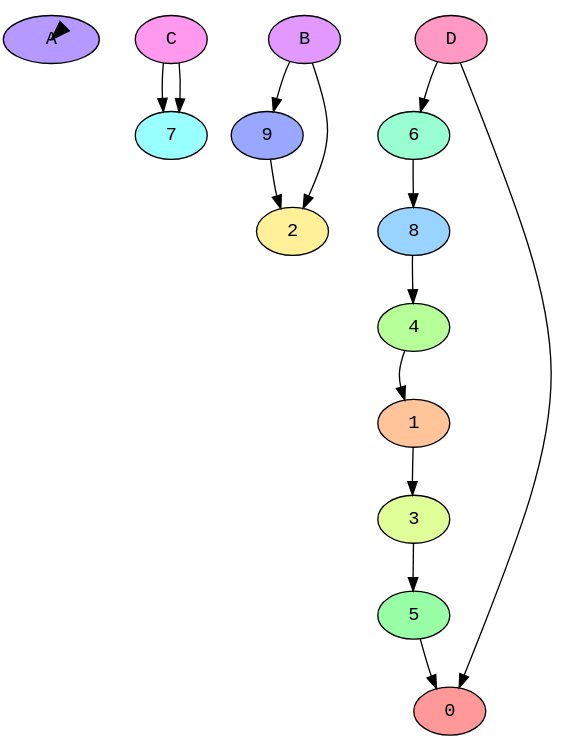
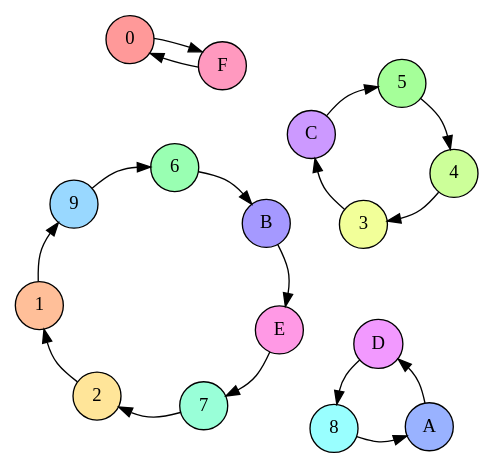
Before and after one commit to crypto101/book: the diagram in Illustrations/BlockCipher/Decryption.dot, drawn with Graphviz. The commit also changed 3 other files, not shown here.

```diff
--- a/Illustrations/BlockCipher/Decryption.dot
+++ b/Illustrations/BlockCipher/Decryption.dot
@@ -1,104 +1,8 @@
+
 digraph G {
-	graph [bb="-135.91,-136.32,227.94,199.96",
-		splines=curved
-	];
-	node [label="\N"];
-	A	 [fillcolor="0.714285714286 0.4 1",
-		fontname=Courier,
-		height=0.5,
-		pos="10,1",
-		style=filled,
-		width=0.75];
-	A -> A	 [pos="e,35.443,-5.6907 35.443,7.6907 46.028,8.1521 55,5.9219 55,1 55,-2.23 51.136,-4.3008 45.488,-5.2124"];
-	C	 [fillcolor="0.857142857143 0.4 1",
-		fontname=Courier,
-		height=0.5,
-		pos="129.4,-107.68",
-		style=filled,
-		width=0.75];
-	7	 [fillcolor="0.5 0.4 1",
-		fontname=Courier,
-		height=0.5,
-		pos="200.6,-118.32",
-		style=filled,
-		width=0.75];
-	C -> 7	 [pos="e,177.8,-108.44 156.47,-105.12 160.21,-105.5 164.08,-106.01 167.9,-106.62"];
-	B	 [fillcolor="0.785714285714 0.4 1",
-		fontname=Courier,
-		height=0.5,
-		pos="128.73,181.49",
-		style=filled,
-		width=0.75];
-	9	 [fillcolor="0.642857142857 0.4 1",
-		fontname=Courier,
-		height=0.5,
-		pos="165.33,119.55",
-		style=filled,
-		width=0.75];
-	B -> 9	 [pos="e,149.64,134.53 131.41,163.45 133.2,154.97 135.91,149.48 142.46,142.05"];
-	D	 [fillcolor="0.928571428571 0.4 1",
-		fontname=Courier,
-		height=0.5,
-		pos="-104.24,-47.66",
-		style=filled,
-		width=0.75];
-	6	 [fillcolor="0.428571428571 0.4 1",
-		fontname=Courier,
-		height=0.5,
-		pos="-43.453,-101.28",
-		style=filled,
-		width=0.75];
-	D -> 6	 [pos="e,-67.14,-92.366 -95.358,-64.887 -88.932,-76.71 -84.239,-82.836 -76.13,-87.806"];
-	1	 [fillcolor="0.0714285714286 0.4 1",
-		fontname=Courier,
-		height=0.5,
-		pos="86.191,45.649",
-		style=filled,
-		width=0.75];
-	3	 [fillcolor="0.214285714286 0.4 1",
-		fontname=Courier,
-		height=0.5,
-		pos="25.474,99.332",
-		style=filled,
-		width=0.75];
-	1 -> 3	 [pos="e,49.143,90.401 77.328,62.89 70.913,74.723 66.227,80.855 58.125,85.833"];
-	0	 [fillcolor="0.0 0.4 1",
-		fontname=Courier,
-		height=0.5,
-		pos="-108.91,33.238",
-		style=filled,
-		width=0.75];
-	0 -> D	 [pos="e,-112.18,-30.387 -114.69,15.462 -119.54,-0.52887 -120.2,-8.5036 -115.93,-20.924"];
-	5	 [fillcolor="0.357142857143 0.4 1",
-		fontname=Courier,
-		height=0.5,
-		pos="-55.396,94.07",
-		style=filled,
-		width=0.75];
-	3 -> 5	 [pos="e,-33.119,104.26 0.91071,106.87 -8.8457,109.31 -15.562,109.62 -23.628,107.51"];
-	2	 [fillcolor="0.142857142857 0.4 1",
-		fontname=Courier,
-		height=0.5,
-		pos="200.94,181.96",
-		style=filled,
-		width=0.75];
-	2 -> B	 [pos="e,152.36,190.44 176.94,190.71 171.54,192.22 167.12,192.81 162.5,192.46"];
-	5 -> 0	 [pos="e,-102.52,50.809 -76.749,82.851 -88.158,76.218 -93.468,70.887 -98.565,60.167"];
-	4	 [fillcolor="0.285714285714 0.4 1",
-		fontname=Courier,
-		height=0.5,
-		pos="90.907,-35.248",
-		style=filled,
-		width=0.75];
-	4 -> 1	 [pos="e,94.143,28.372 96.678,-17.477 101.52,-1.4898 102.17,6.4841 97.898,18.907"];
-	7 -> C	 [pos="e,152.2,-117.56 173.53,-120.88 169.79,-120.5 165.92,-119.99 162.1,-119.38"];
-	8	 [fillcolor="0.571428571429 0.4 1",
-		fontname=Courier,
-		height=0.5,
-		pos="37.424,-96.106",
-		style=filled,
-		width=0.75];
-	6 -> 8	 [pos="e,14.703,-106.45 -18.885,-108.84 -9.3404,-111.24 -2.7056,-111.59 5.1287,-109.65"];
-	9 -> 2	 [pos="e,198.51,163.72 180.76,134.73 188.65,142.77 192.96,148.13 195.61,154.11"];
-	8 -> 4	 [pos="e,84.519,-52.827 58.765,-84.882 70.167,-78.248 75.474,-72.914 80.568,-62.189"];
+    graph [splines=curved; layout=neato; start=5; epsilon=0.001];
+    node [style=filled, shape=circle];
+    edge [];
+    0 [fillcolor="0.0 0.4 1"]; 1 [fillcolor="0.0625 0.4 1"]; 2 [fillcolor="0.125 0.4 1"]; 3 [fillcolor="0.1875 0.4 1"]; 4 [fillcolor="0.25 0.4 1"]; 5 [fillcolor="0.3125 0.4 1"]; 6 [fillcolor="0.375 0.4 1"]; 7 [fillcolor="0.4375 0.4 1"]; 8 [fillcolor="0.5 0.4 1"]; 9 [fillcolor="0.5625 0.4 1"]; A [fillcolor="0.625 0.4 1"]; B [fillcolor="0.6875 0.4 1"]; C [fillcolor="0.75 0.4 1"]; D [fillcolor="0.8125 0.4 1"]; E [fillcolor="0.875 0.4 1"]; F [fillcolor="0.9375 0.4 1"];
+    0 -> F; 1 -> 9; 2 -> 1; 3 -> C; 4 -> 3; 5 -> 4; 6 -> B; 7 -> 2; 8 -> A; 9 -> 6; A -> D; B -> E; C -> 5; D -> 8; E -> 7; F -> 0;
 }
```
